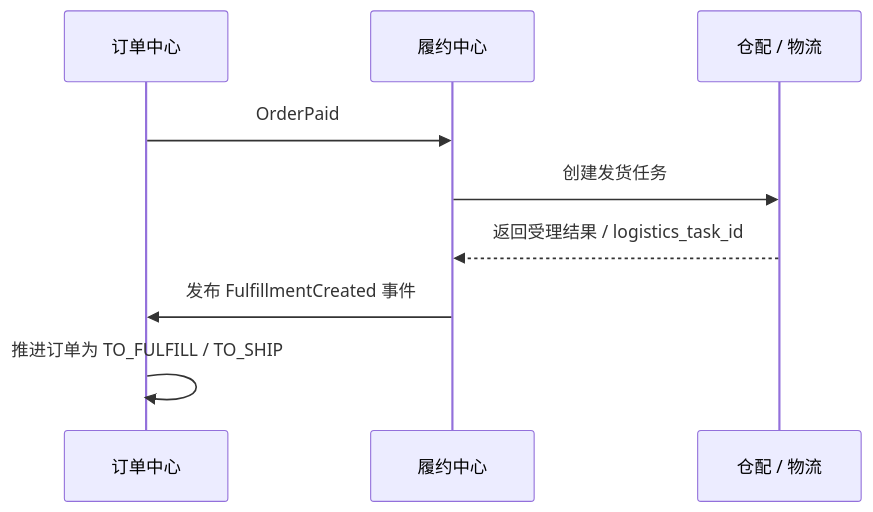
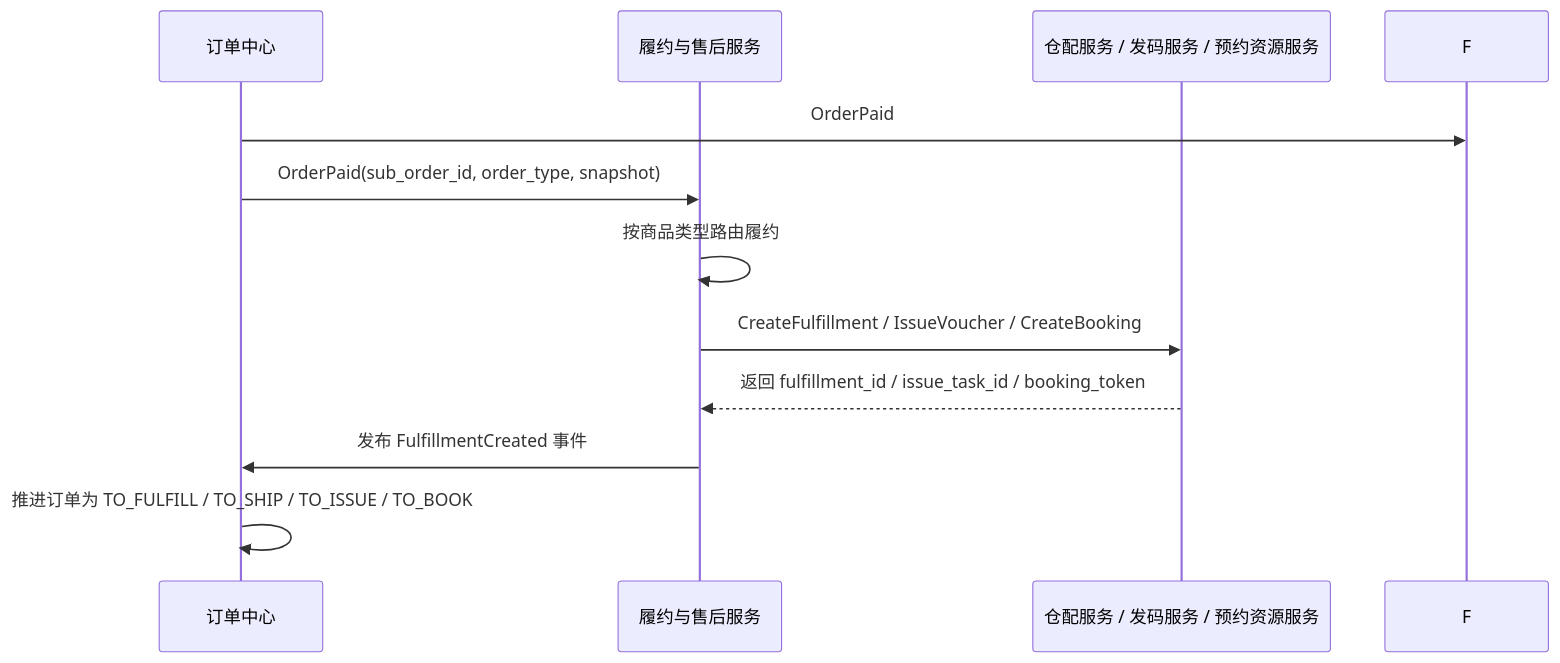
Diagram 11 of 14 in books/system-design-architecture-book/src/part02/13-ecommerce-customer-lifecycle.md (wxquare/wxquare.github.io), drawn with Mermaid before and after one commit. The commit also changed other lines of this file, not shown here.

````diff
--- a/books/system-design-architecture-book/src/part02/13-ecommerce-customer-lifecycle.md
+++ b/books/system-design-architecture-book/src/part02/13-ecommerce-customer-lifecycle.md
@@ -2110,12 +2266,14 @@
 ```mermaid
 sequenceDiagram
     participant O as 订单中心
-    participant F as 履约中心
-    participant W as 仓配 / 物流
+    participant FA as 履约与售后服务
+    participant W as 仓配服务 / 发码服务 / 预约资源服务
 
     O->>F: OrderPaid
-    F->>W: 创建发货任务
-    W-->>F: 返回受理结果 / logistics_task_id
-    F->>O: 发布 FulfillmentCreated 事件
-    O->>O: 推进订单为 TO_FULFILL / TO_SHIP
+    O->>FA: OrderPaid(sub_order_id, order_type, snapshot)
+    FA->>FA: 按商品类型路由履约
+    FA->>W: CreateFulfillment / IssueVoucher / CreateBooking
+    W-->>FA: 返回 fulfillment_id / issue_task_id / booking_token
+    FA->>O: 发布 FulfillmentCreated 事件
+    O->>O: 推进订单为 TO_FULFILL / TO_SHIP / TO_ISSUE / TO_BOOK
 ```
````
